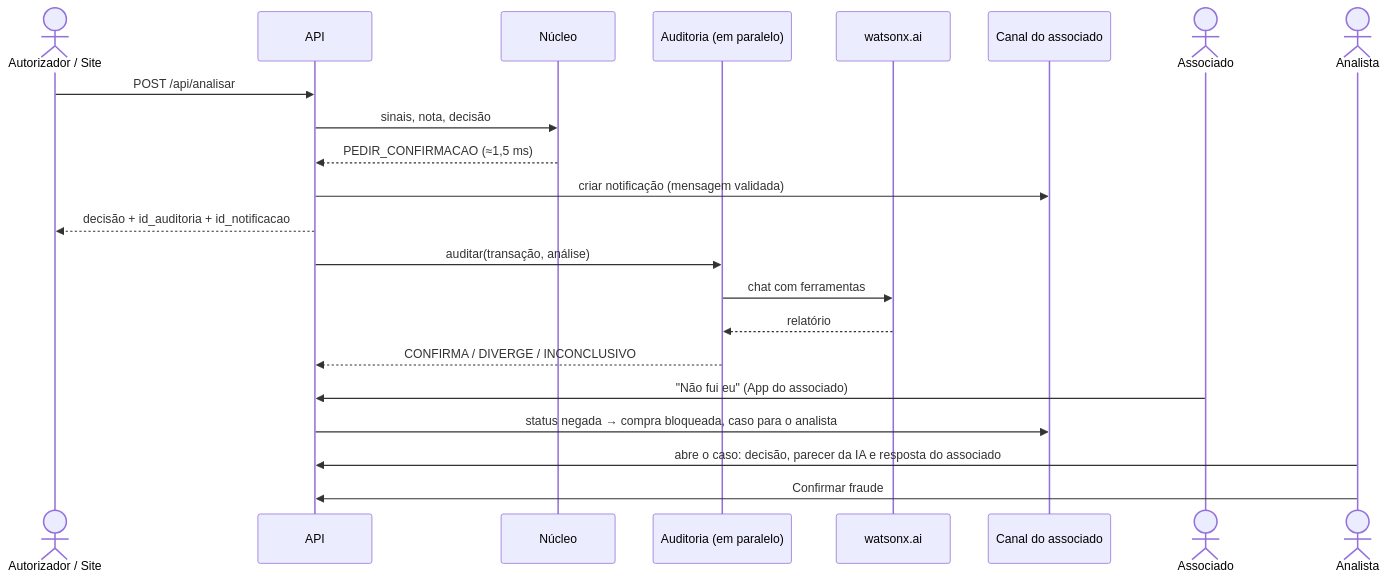
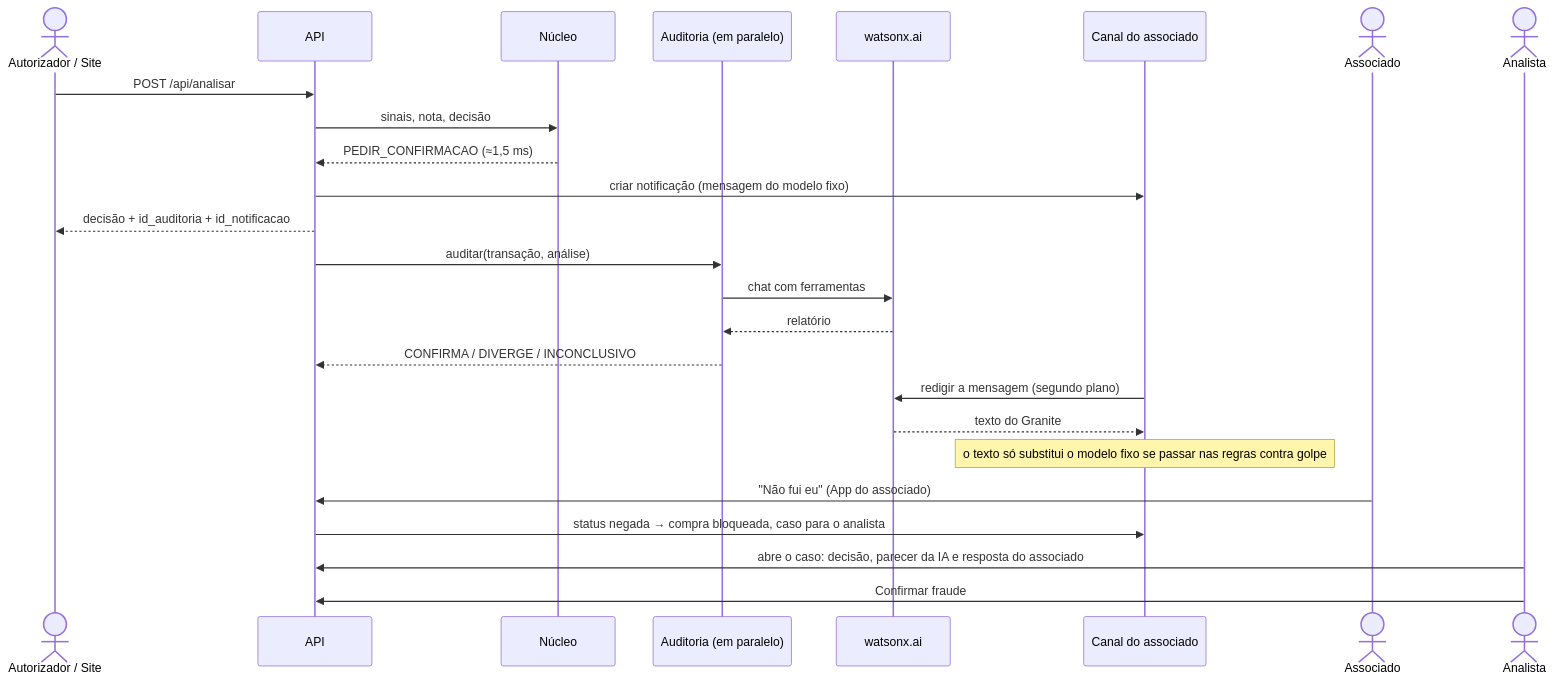
The second of 2 diagrams in docs/arquitetura.md (PedroMLegnaghi/Sentinela_IBM_SkillsBuildAILab_Sicredi_challenge), drawn with Mermaid before and after one commit. The commit also changed other lines of this file and 1 other file, not shown here.

````diff
--- a/docs/arquitetura.md
+++ b/docs/arquitetura.md
@@ -51,25 +52,28 @@
 ```mermaid
 sequenceDiagram
     actor C as Autorizador / Site
     participant A as API
     participant N as Núcleo
     participant T as Auditoria (em paralelo)
     participant W as watsonx.ai
     participant S as Canal do associado
     actor P as Associado
     actor AN as Analista
 
     C->>A: POST /api/analisar
     A->>N: sinais, nota, decisão
     N-->>A: PEDIR_CONFIRMACAO (≈1,5 ms)
-    A->>S: criar notificação (mensagem validada)
+    A->>S: criar notificação (mensagem do modelo fixo)
     A-->>C: decisão + id_auditoria + id_notificacao
     A->>T: auditar(transação, análise)
     T->>W: chat com ferramentas
     W-->>T: relatório
     T-->>A: CONFIRMA / DIVERGE / INCONCLUSIVO
+    S->>W: redigir a mensagem (segundo plano)
+    W-->>S: texto do Granite
+    Note over S: o texto só substitui o modelo fixo se passar nas regras contra golpe
     P->>A: "Não fui eu" (App do associado)
     A->>S: status negada → compra bloqueada, caso para o analista
     AN->>A: abre o caso: decisão, parecer da IA e resposta do associado
     AN->>A: Confirmar fraude
 ```
````
